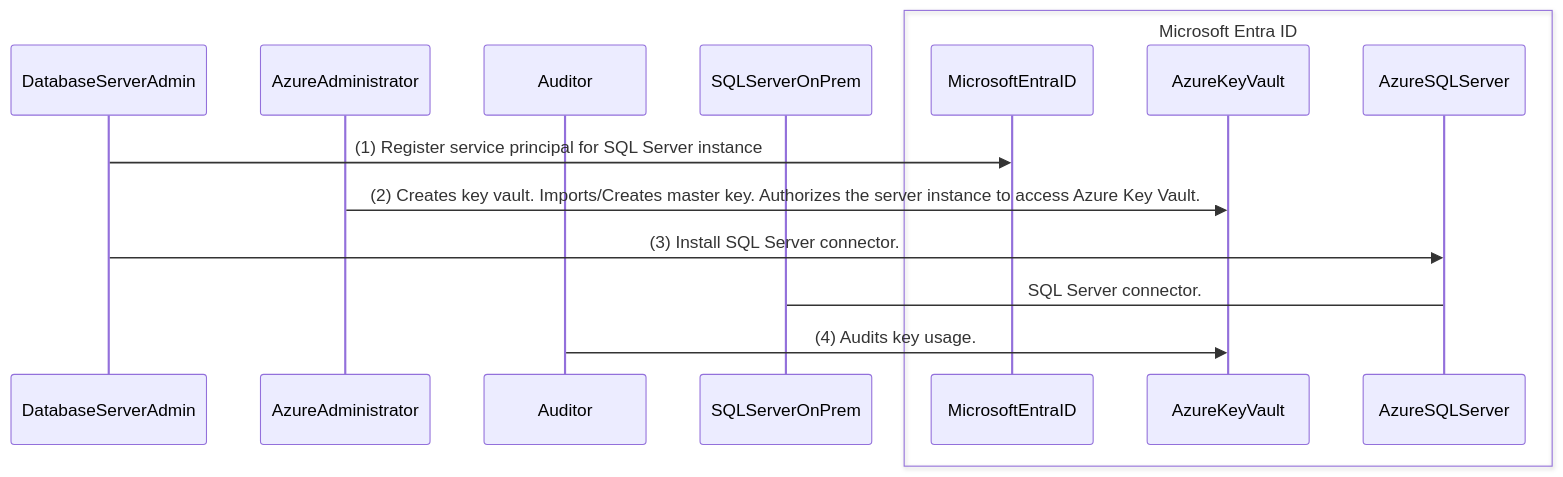
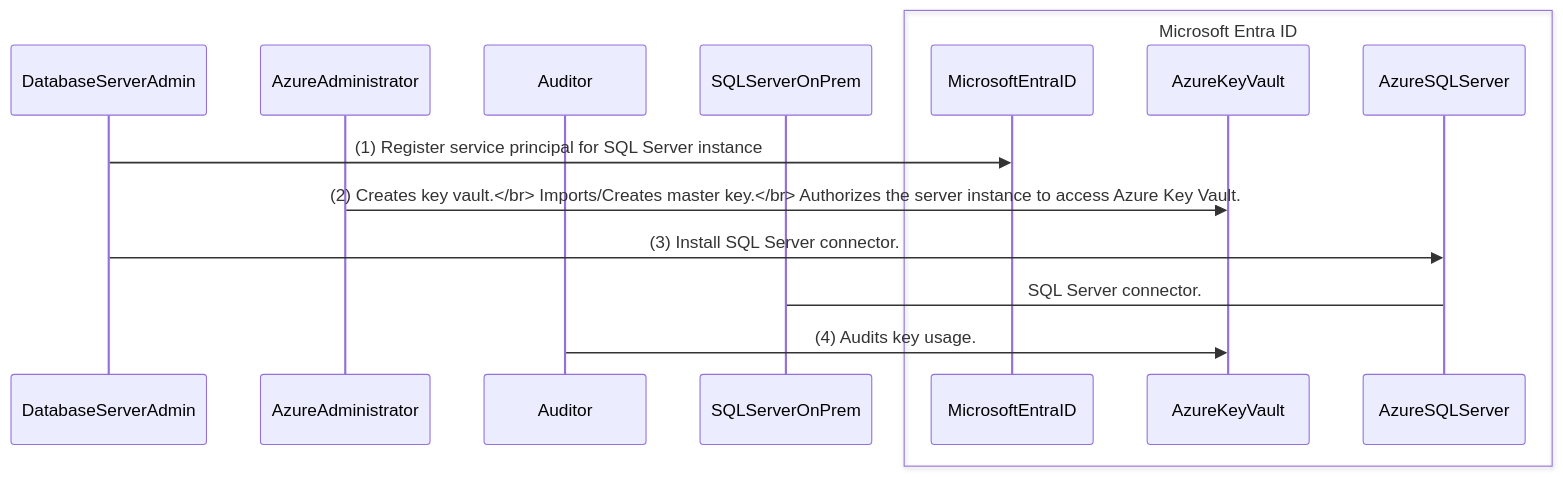
The diagram in README.md (sonnyayran/dac-mermaid), drawn with Mermaid before and after one commit.

````diff
--- a/README.md
+++ b/README.md
@@ -47,18 +47,18 @@
 ```mermaid
 sequenceDiagram
     participant DatabaseServerAdmin
     participant AzureAdministrator
     participant Auditor
     participant SQLServerOnPrem
     box Microsoft Entra ID  
         participant MicrosoftEntraID
         participant AzureKeyVault
         participant AzureSQLServer
     end
     DatabaseServerAdmin->>MicrosoftEntraID: (1) Register service principal for SQL Server instance
-    AzureAdministrator->>AzureKeyVault: (2) Creates key vault. Imports/Creates master key. Authorizes the server instance to access Azure Key Vault.
+    AzureAdministrator->>AzureKeyVault: (2) Creates key vault.</br> Imports/Creates master key.</br> Authorizes the server instance to access Azure Key Vault.
     DatabaseServerAdmin->>AzureSQLServer: (3) Install SQL Server connector.
     SQLServerOnPrem->AzureSQLServer: SQL Server connector.
     Auditor->>AzureKeyVault: (4) Audits key usage.
 
 ```
````
